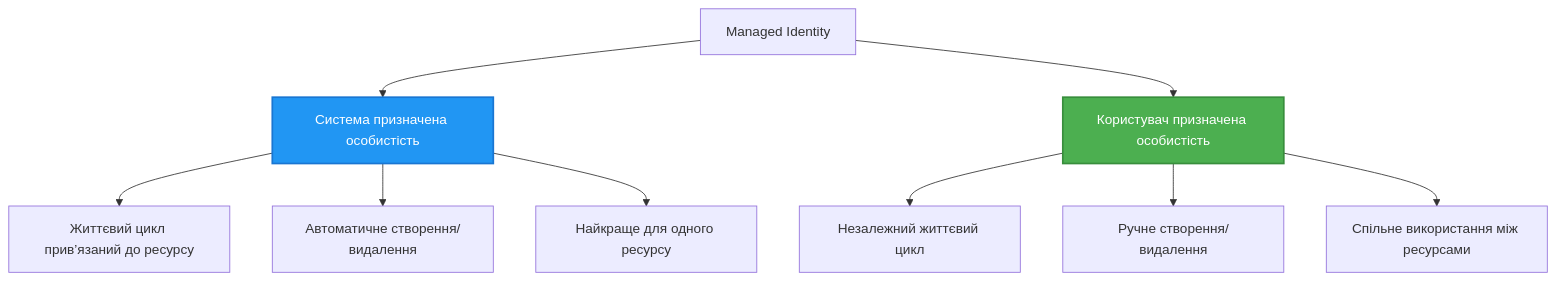
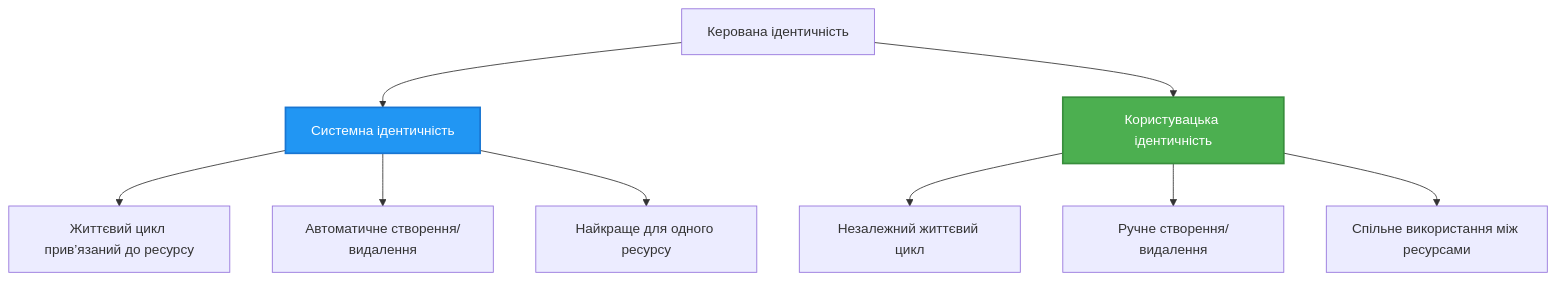
Before and after one commit to microsoft/AZD-for-beginners: the second of 2 diagrams in translations/uk/docs/chapter-03-configuration/authsecurity.md, drawn with Mermaid. The commit also changed other lines of this file and 104 other files, not shown here.

````diff
--- a/translations/uk/docs/chapter-03-configuration/authsecurity.md
+++ b/translations/uk/docs/chapter-03-configuration/authsecurity.md
@@ -97,20 +98,20 @@
 ```mermaid
 graph TB
-    MI[Managed Identity]
-    SystemAssigned[Система призначена особистість]
-    UserAssigned[Користувач призначена особистість]
+    MI[Керована ідентичність]
+    SystemAssigned[Системна ідентичність]
+    UserAssigned[Користувацька ідентичність]
     
     MI --> SystemAssigned
     MI --> UserAssigned
     
     SystemAssigned --> SA1[Життєвий цикл прив’язаний до ресурсу]
     SystemAssigned --> SA2[Автоматичне створення/видалення]
     SystemAssigned --> SA3[Найкраще для одного ресурсу]
     
     UserAssigned --> UA1[Незалежний життєвий цикл]
     UserAssigned --> UA2[Ручне створення/видалення]
     UserAssigned --> UA3[Спільне використання між ресурсами]
     
     style SystemAssigned fill:#2196F3,stroke:#1976D2,stroke-width:2px,color:#fff
     style UserAssigned fill:#4CAF50,stroke:#388E3C,stroke-width:2px,color:#fff
 ```
````
